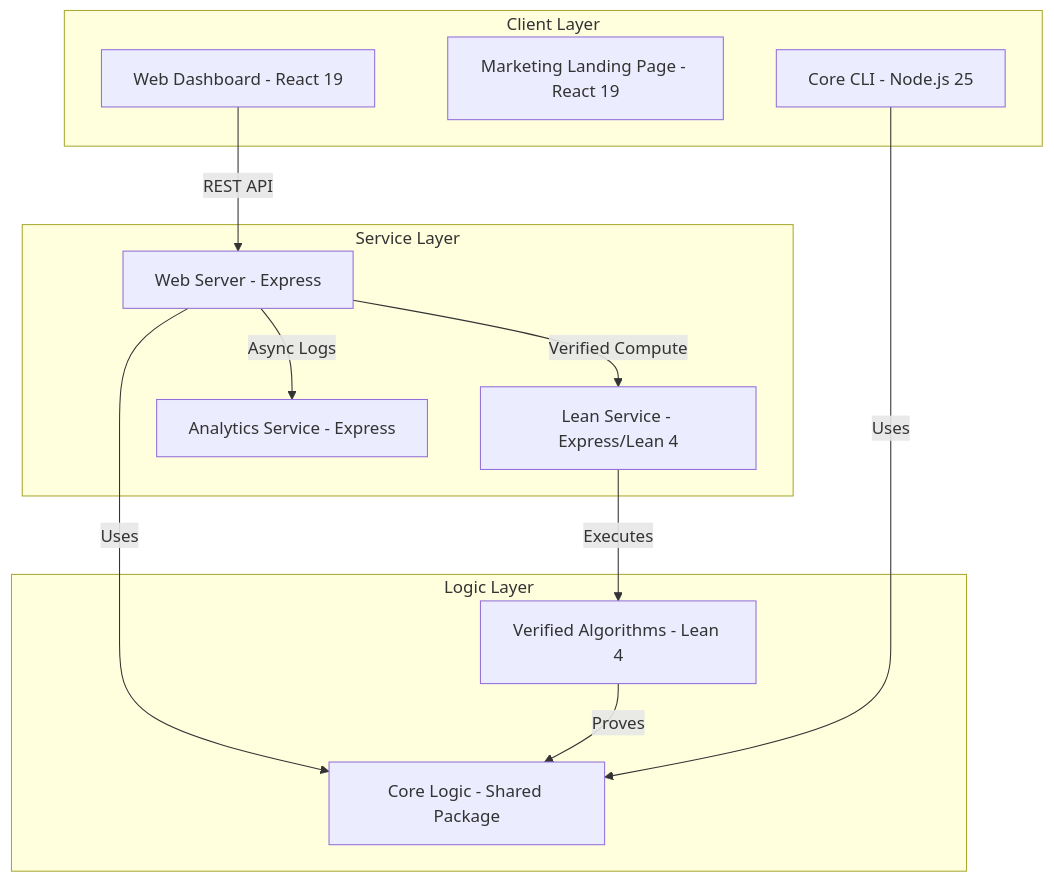
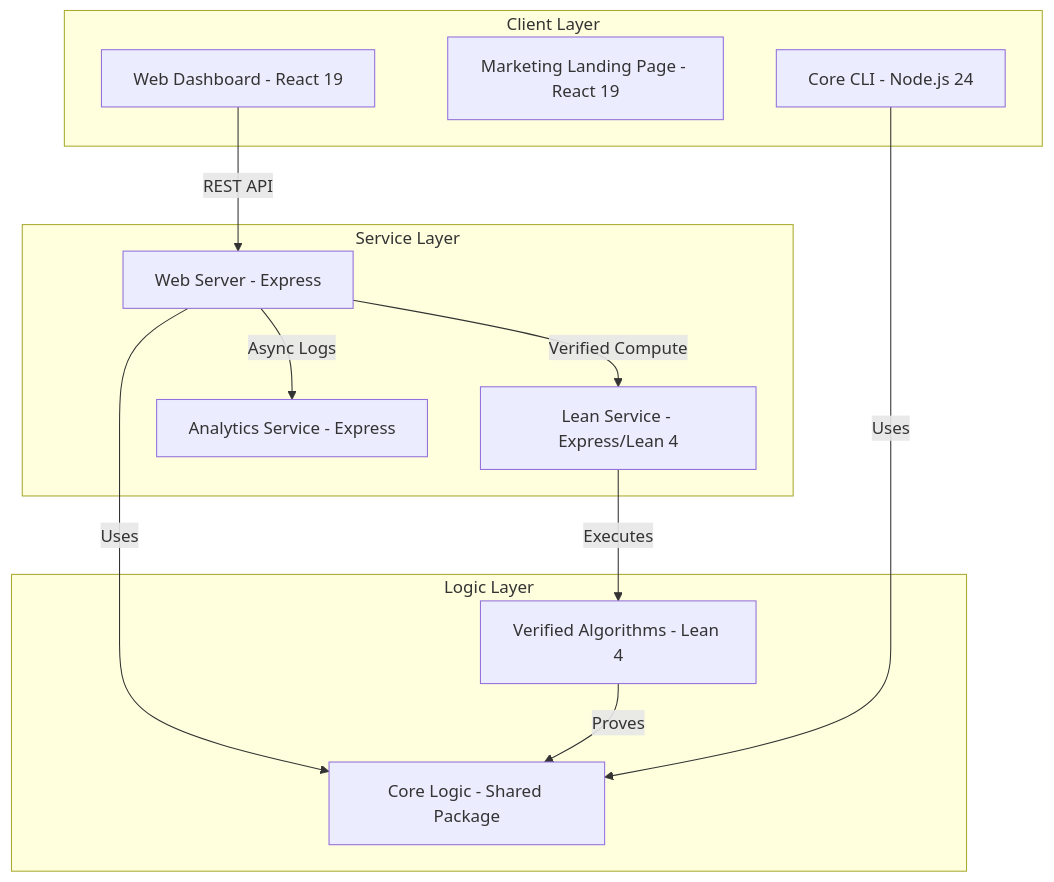
Before and after one commit to CamJohnson26/agent-first-fizzbuzz-scalable: the second of 2 diagrams in README.md, drawn with Mermaid. The commit also changed other lines of this file and 44 other files, not shown here.

````diff
--- a/README.md
+++ b/README.md
@@ -59,27 +59,27 @@
 ```mermaid
 graph TD
     subgraph Client_Layer [Client Layer]
         WD[Web Dashboard - React 19]
         LP[Marketing Landing Page - React 19]
-        CLI[Core CLI - Node.js 25]
+        CLI[Core CLI - Node.js 24]
     end
 
     subgraph Service_Layer [Service Layer]
         WS[Web Server - Express]
         AS[Analytics Service - Express]
         LS[Lean Service - Express/Lean 4]
     end
 
     subgraph Logic_Layer [Logic Layer]
         CL[Core Logic - Shared Package]
         VA[Verified Algorithms - Lean 4]
     end
 
     WD -- REST API --> WS
     WS -- Uses --> CL
     WS -- Async Logs --> AS
     WS -- Verified Compute --> LS
     CLI -- Uses --> CL
     VA -- Proves --> CL
     LS -- Executes --> VA
 ```
````
